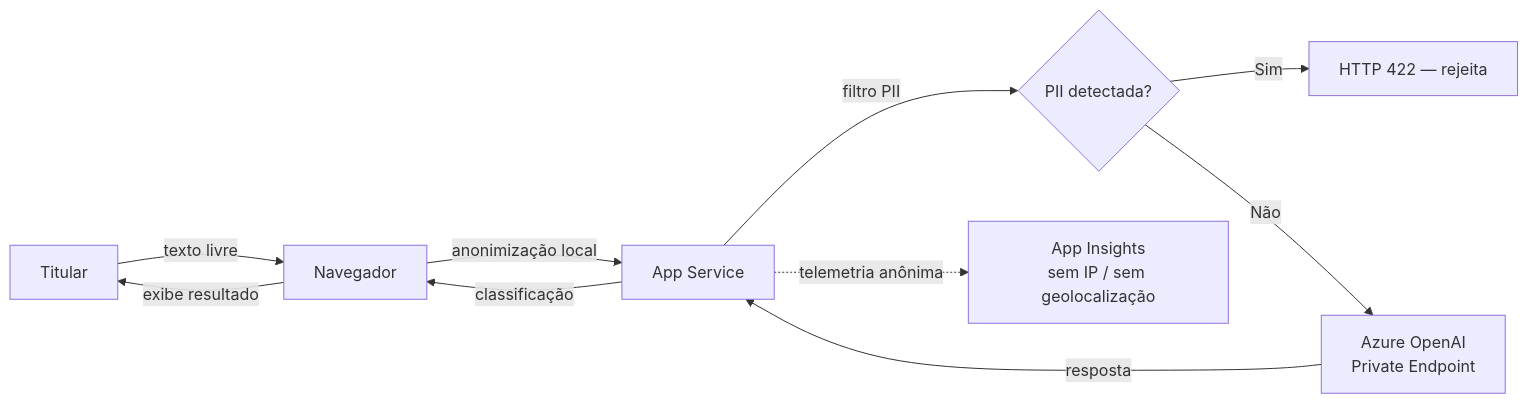
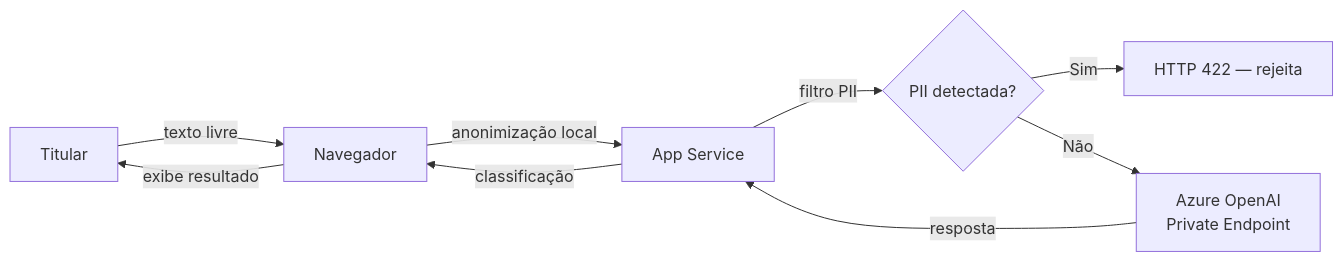
The diagram in docs/RIPD.md (fabiotreze/nossodireito), drawn with Mermaid before and after one commit. The commit also changed other lines of this file and 5 other files, not shown here.

````diff
--- a/docs/RIPD.md
+++ b/docs/RIPD.md
@@ -77,13 +77,13 @@
 ```mermaid
 flowchart LR
     T[Titular] -->|texto livre| B[Navegador]
     B -->|anonimização local| S[App Service]
     S -->|filtro PII| V{PII detectada?}
     V -->|Sim| R[HTTP 422 — rejeita]
     V -->|Não| AI[Azure OpenAI<br>Private Endpoint]
     AI -->|resposta| S
     S -->|classificação| B
     B -->|exibe resultado| T
 
-    S -.->|telemetria anônima| AI2[App Insights<br>sem IP / sem geolocalização]
+    %% Telemetria de aplicação desativada em 2026-06-05 — App Insights provisionado mas sem coleta.
 ```
````
